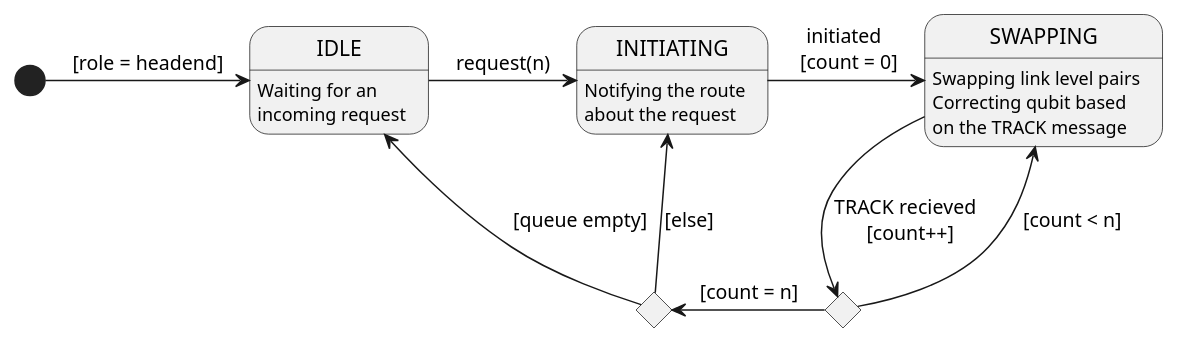
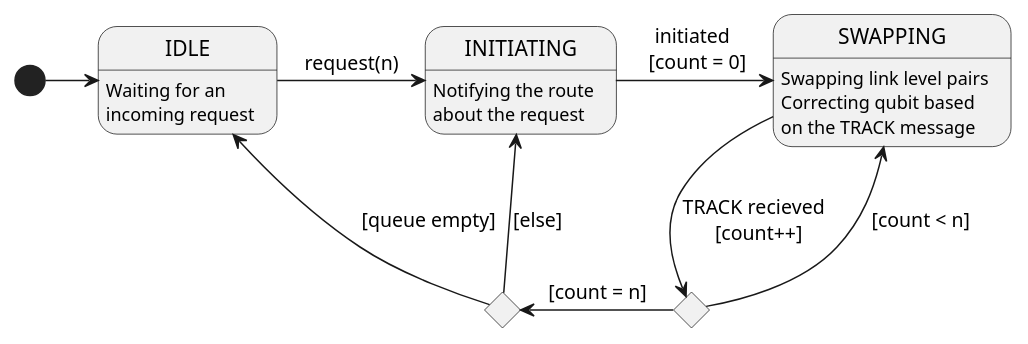
The diagram in docs/net_sm.puml (Kavefozogepezet/projekt), drawn with PlantUML before and after one commit. The commit also changed 34 other files, not shown here.

```diff
--- a/docs/net_sm.puml
+++ b/docs/net_sm.puml
@@ -1,26 +1,26 @@
 @startuml network_statemachine
 
 state IDLE: Waiting for an
 state IDLE: incoming request
 
 state INITIATING: Notifying the route
 state INITIATING: about the request
 
 state SWAPPING: Swapping link level pairs
 state SWAPPING: Correcting qubit based
 state SWAPPING: on the TRACK message
 
 state corrected <<choice>>
 state finished <<choice>>
 
-[*] -> IDLE: [role = headend]
+[*] -> IDLE
 IDLE -> INITIATING: request(n)
 INITIATING -> SWAPPING: initiated \n [count = 0]
 SWAPPING --> corrected: TRACK recieved \n [count++]
 corrected -u-> SWAPPING: [count < n]
 corrected -l-> finished: [count = n]
 finished -u-> IDLE: [queue empty]
 finished -u-> INITIATING: [else]
 
 
 @enduml
```
